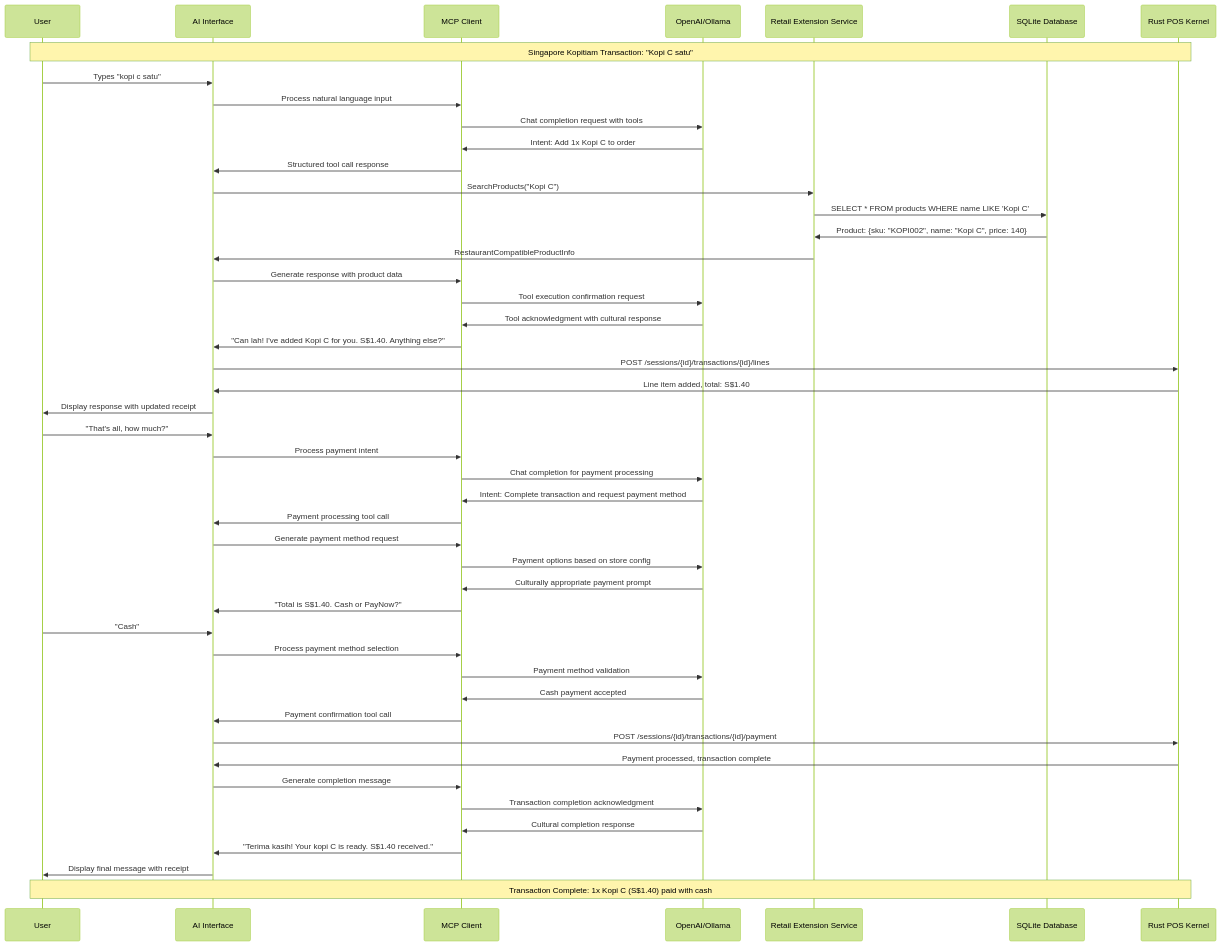
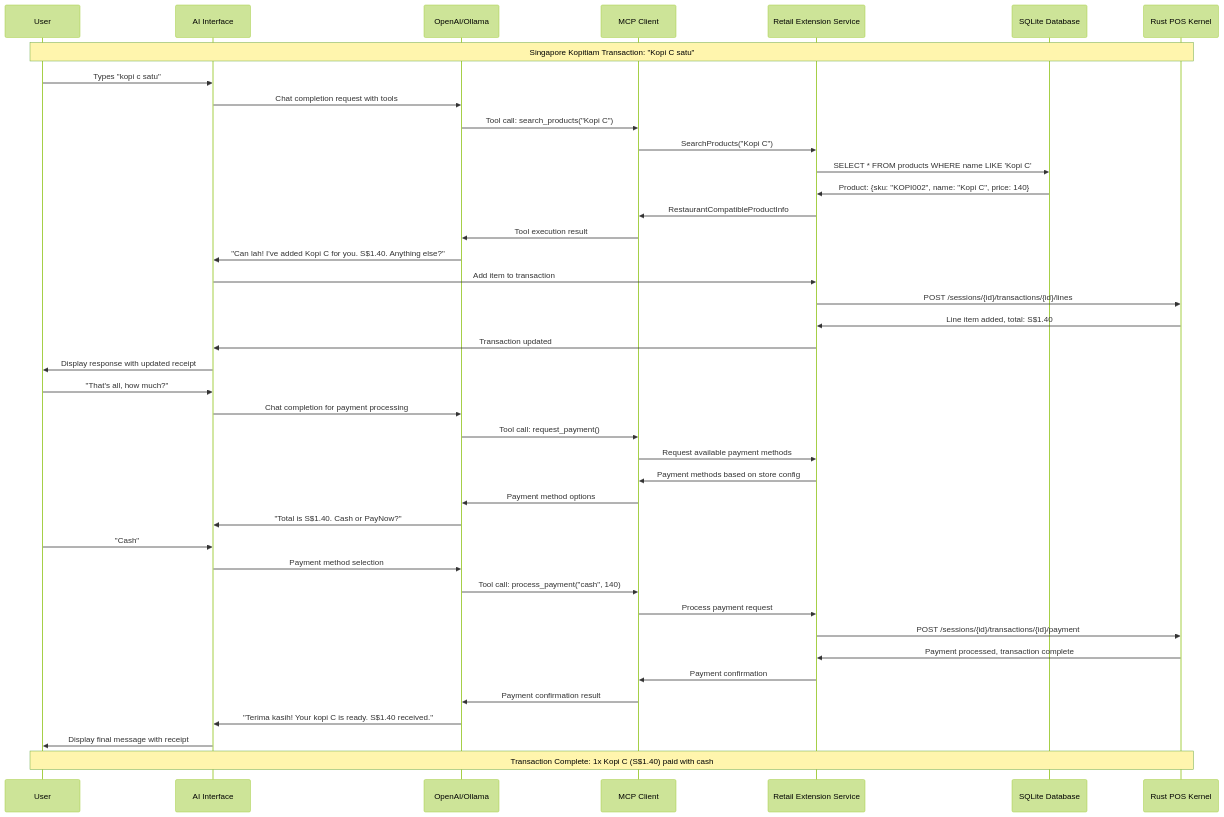
One commit to paulmooreparks/PosKernel changed the fourth of 6 diagrams in README.md. Above: the diagram before and after it, drawn with Mermaid (forest theme).

Commit message:
Fixed some diagrams

````diff
--- a/README.md
+++ b/README.md
@@ -204,61 +204,50 @@
 ```mermaid
 sequenceDiagram
     participant U as User
     participant D as AI Interface
+    participant AI as OpenAI/Ollama
     participant MCP as MCP Client
-    participant AI as OpenAI/Ollama
     participant R as Retail Extension Service
     participant DB as SQLite Database
     participant K as Rust POS Kernel
     
     Note over U,K: Singapore Kopitiam Transaction: "Kopi C satu"
     
     U->>D: Types "kopi c satu"
-    D->>MCP: Process natural language input
-    MCP->>AI: Chat completion request with tools
-    AI->>MCP: Intent: Add 1x Kopi C to order
-    MCP->>D: Structured tool call response
-    
-    D->>R: SearchProducts("Kopi C")
+    D->>AI: Chat completion request with tools
+    AI->>MCP: Tool call: search_products("Kopi C")
+    MCP->>R: SearchProducts("Kopi C")
     R->>DB: SELECT * FROM products WHERE name LIKE 'Kopi C'
     DB->>R: Product: {sku: "KOPI002", name: "Kopi C", price: 140}
-    R->>D: RestaurantCompatibleProductInfo
+    R->>MCP: RestaurantCompatibleProductInfo
+    MCP->>AI: Tool execution result
+    AI->>D: "Can lah! I've added Kopi C for you. S$1.40. Anything else?"
     
-    D->>MCP: Generate response with product data
-    MCP->>AI: Tool execution confirmation request
-    AI->>MCP: Tool acknowledgment with cultural response
-    MCP->>D: "Can lah! I've added Kopi C for you. S$1.40. Anything else?"
-    
-    D->>K: POST /sessions/{id}/transactions/{id}/lines
-    K->>D: Line item added, total: S$1.40
+    D->>R: Add item to transaction
+    R->>K: POST /sessions/{id}/transactions/{id}/lines
+    K->>R: Line item added, total: S$1.40
+    R->>D: Transaction updated
     
     D->>U: Display response with updated receipt
     
     U->>D: "That's all, how much?"
-    D->>MCP: Process payment intent
-    MCP->>AI: Chat completion for payment processing
-    AI->>MCP: Intent: Complete transaction and request payment method
-    MCP->>D: Payment processing tool call
-    
-    D->>MCP: Generate payment method request
-    MCP->>AI: Payment options based on store config
-    AI->>MCP: Culturally appropriate payment prompt
-    MCP->>D: "Total is S$1.40. Cash or PayNow?"
+    D->>AI: Chat completion for payment processing
+    AI->>MCP: Tool call: request_payment()
+    MCP->>R: Request available payment methods
+    R->>MCP: Payment methods based on store config
+    MCP->>AI: Payment method options
+    AI->>D: "Total is S$1.40. Cash or PayNow?"
     
     U->>D: "Cash"
-    D->>MCP: Process payment method selection
-    MCP->>AI: Payment method validation
-    AI->>MCP: Cash payment accepted
-    MCP->>D: Payment confirmation tool call
-    
-    D->>K: POST /sessions/{id}/transactions/{id}/payment
-    K->>D: Payment processed, transaction complete
-    
-    D->>MCP: Generate completion message
-    MCP->>AI: Transaction completion acknowledgment
-    AI->>MCP: Cultural completion response
-    MCP->>D: "Terima kasih! Your kopi C is ready. S$1.40 received."
+    D->>AI: Payment method selection
+    AI->>MCP: Tool call: process_payment("cash", 140)
+    MCP->>R: Process payment request
+    R->>K: POST /sessions/{id}/transactions/{id}/payment
+    K->>R: Payment processed, transaction complete
+    R->>MCP: Payment confirmation
+    MCP->>AI: Payment confirmation result
+    AI->>D: "Terima kasih! Your kopi C is ready. S$1.40 received."
     D->>U: Display final message with receipt
     
     Note over U,K: Transaction Complete: 1x Kopi C (S$1.40) paid with cash
 ```
````
